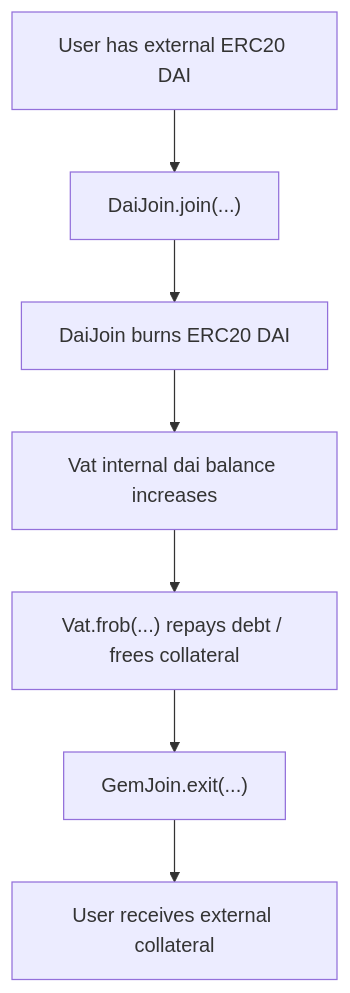
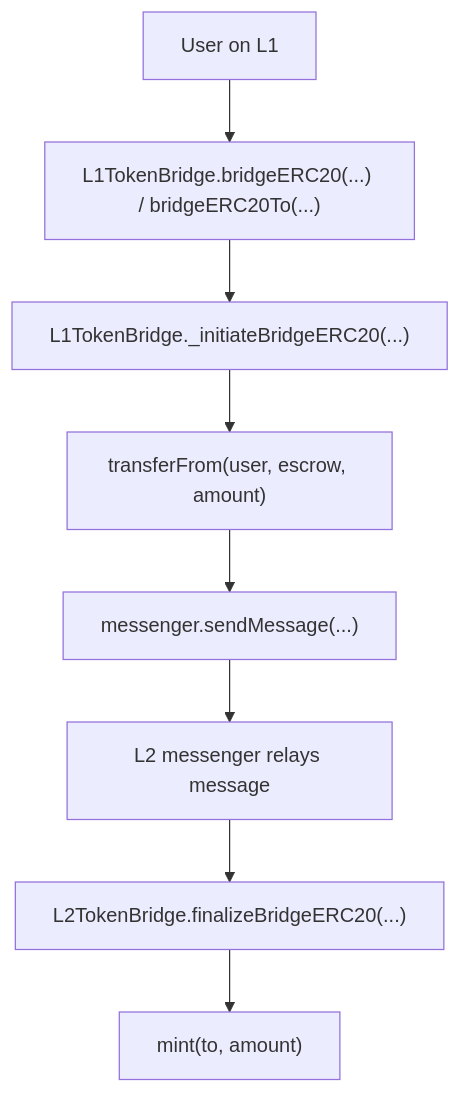
One commit to Keedz1Off/Keedz1Off-sky-dai-fork-local-review changed the first of 2 diagrams in README.md. Above: the diagram before and after it, drawn with Mermaid. The commit also changed other lines of this file and 23 other files, not shown here.

Commit message:
Replace DSS notes with Sky OP bridge flow

````diff
--- a/README.md
+++ b/README.md
@@ -65,9 +33,10 @@
 ```mermaid
 flowchart TD
-    A["User has external ERC20 DAI"] --> B["DaiJoin.join(...)"]
-    B --> C["DaiJoin burns ERC20 DAI"]
-    C --> D["Vat internal dai balance increases"]
-    D --> E["Vat.frob(...) repays debt / frees collateral"]
-    E --> F["GemJoin.exit(...)"]
-    F --> G["User receives external collateral"]
+    A["User on L1"] --> B["L1TokenBridge.bridgeERC20(...) / bridgeERC20To(...)"]
+    B --> C["L1TokenBridge._initiateBridgeERC20(...)"]
+    C --> D["transferFrom(user, escrow, amount)"]
+    D --> E["messenger.sendMessage(...)"]
+    E --> F["L2 messenger relays message"]
+    F --> G["L2TokenBridge.finalizeBridgeERC20(...)"]
+    G --> H["mint(to, amount)"]
 ```
````
